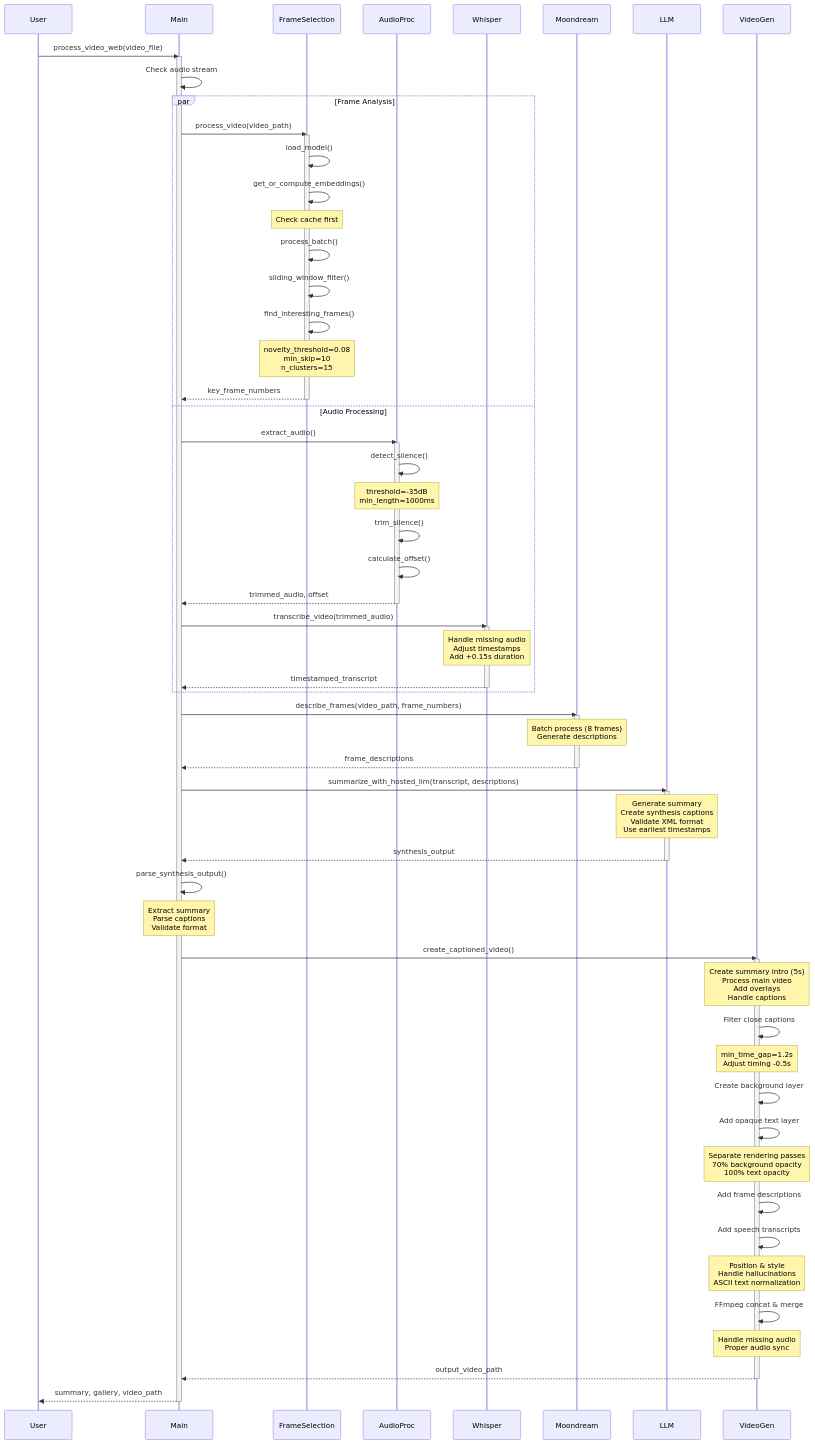
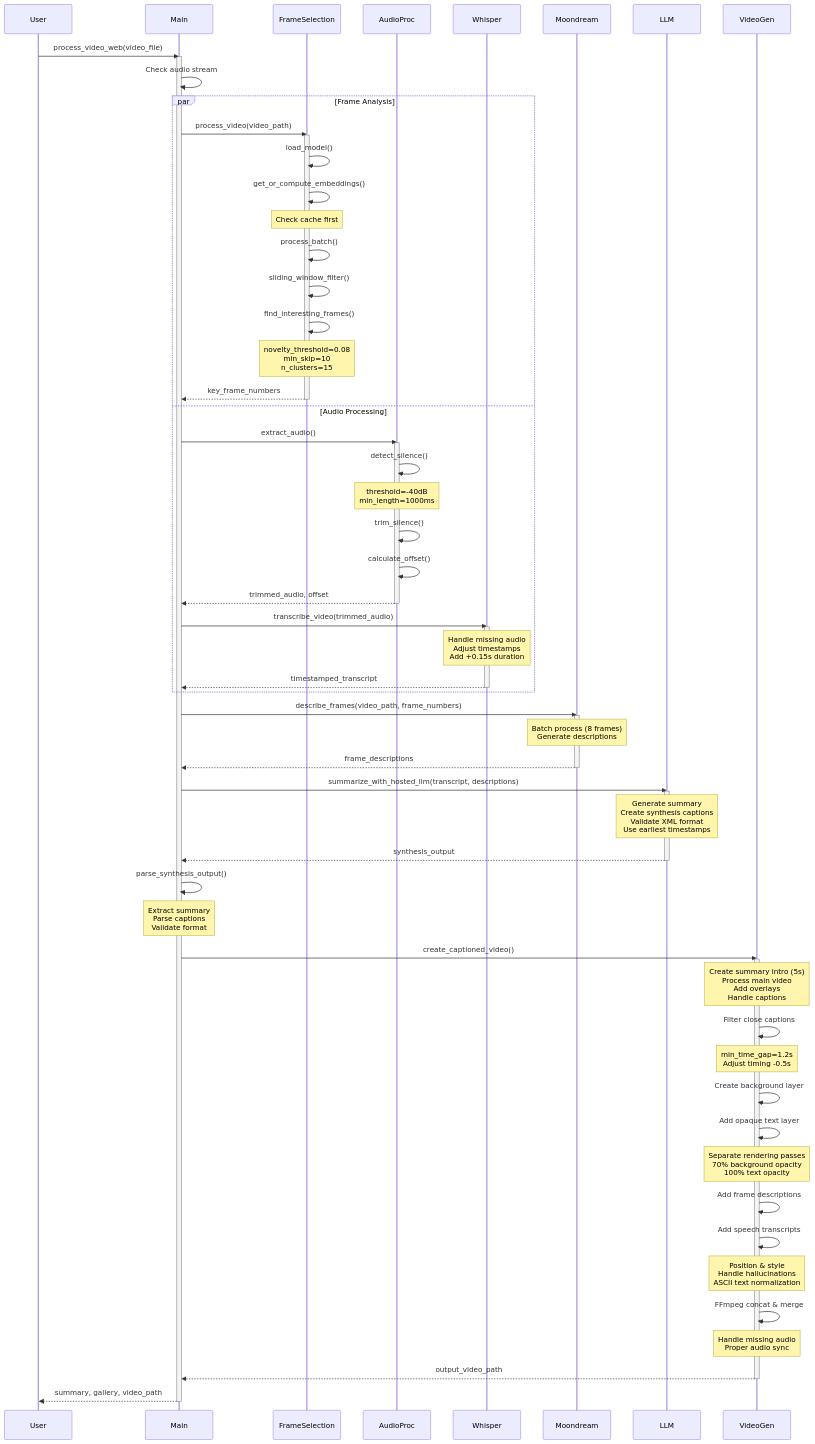
The second of 2 diagrams in README.md (parsakhaz/video-understanding-engine), drawn with Mermaid before and after one commit. The commit also changed 1 other file, not shown here.

Commit message:
prompt tuning: avoid pulling out specific people from scene

````diff
--- a/README.md
+++ b/README.md
@@ -194,78 +194,78 @@
 ```mermaid
 sequenceDiagram
     participant User
     participant Main
     participant FrameSelection
     participant AudioProc
     participant Whisper
     participant Moondream
     participant LLM
     participant VideoGen
 
     User->>Main: process_video_web(video_file)
     activate Main
     
     Main->>Main: Check audio stream
     
     par Frame Analysis
         Main->>FrameSelection: process_video(video_path)
         activate FrameSelection
         FrameSelection->>FrameSelection: load_model()
         FrameSelection->>FrameSelection: get_or_compute_embeddings()
         Note over FrameSelection: Check cache first
         FrameSelection->>FrameSelection: process_batch()
         FrameSelection->>FrameSelection: sliding_window_filter()
         FrameSelection->>FrameSelection: find_interesting_frames()
         Note over FrameSelection: novelty_threshold=0.08<br/>min_skip=10<br/>n_clusters=15
         FrameSelection-->>Main: key_frame_numbers
         deactivate FrameSelection
     and Audio Processing
         Main->>AudioProc: extract_audio()
         activate AudioProc
         AudioProc->>AudioProc: detect_silence()
-        Note over AudioProc: threshold=-35dB<br/>min_length=1000ms
+        Note over AudioProc: threshold=-40dB<br/>min_length=1000ms
         AudioProc->>AudioProc: trim_silence()
         AudioProc->>AudioProc: calculate_offset()
         AudioProc-->>Main: trimmed_audio, offset
         deactivate AudioProc
         Main->>Whisper: transcribe_video(trimmed_audio)
         activate Whisper
         Note over Whisper: Handle missing audio<br/>Adjust timestamps<br/>Add +0.15s duration
         Whisper-->>Main: timestamped_transcript
         deactivate Whisper
     end
 
     Main->>Moondream: describe_frames(video_path, frame_numbers)
     activate Moondream
     Note over Moondream: Batch process (8 frames)<br/>Generate descriptions
     Moondream-->>Main: frame_descriptions
     deactivate Moondream
 
     Main->>LLM: summarize_with_hosted_llm(transcript, descriptions)
     activate LLM
     Note over LLM: Generate summary<br/>Create synthesis captions<br/>Validate XML format<br/>Use earliest timestamps
     LLM-->>Main: synthesis_output
     deactivate LLM
 
     Main->>Main: parse_synthesis_output()
     Note over Main: Extract summary<br/>Parse captions<br/>Validate format
 
     Main->>VideoGen: create_captioned_video()
     activate VideoGen
     Note over VideoGen: Create summary intro (5s)<br/>Process main video<br/>Add overlays<br/>Handle captions
     VideoGen->>VideoGen: Filter close captions
     Note over VideoGen: min_time_gap=1.2s<br/>Adjust timing -0.5s
     VideoGen->>VideoGen: Create background layer
     VideoGen->>VideoGen: Add opaque text layer
     Note over VideoGen: Separate rendering passes<br/>70% background opacity<br/>100% text opacity
     VideoGen->>VideoGen: Add frame descriptions
     VideoGen->>VideoGen: Add speech transcripts
     Note over VideoGen: Position & style<br/>Handle hallucinations<br/>ASCII text normalization
     VideoGen->>VideoGen: FFmpeg concat & merge
     Note over VideoGen: Handle missing audio<br/>Proper audio sync
     VideoGen-->>Main: output_video_path
     deactivate VideoGen
 
     Main-->>User: summary, gallery, video_path
     deactivate Main
 ```
````
